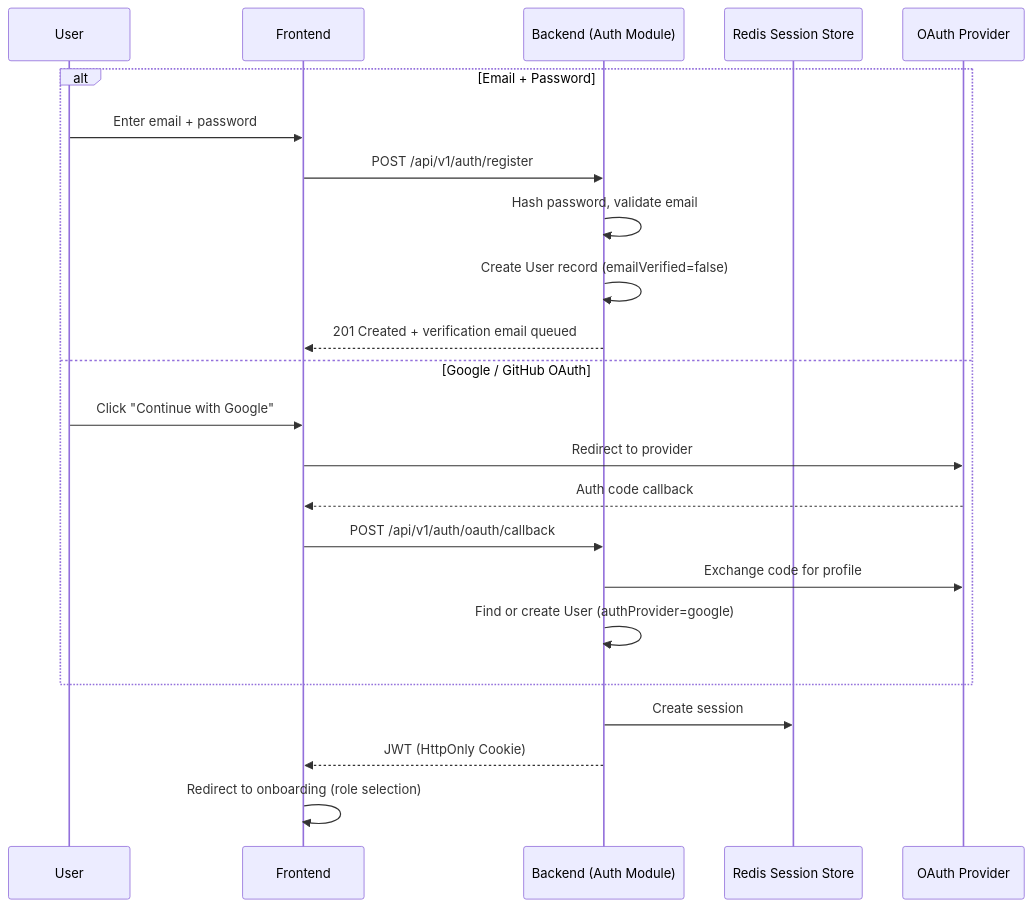
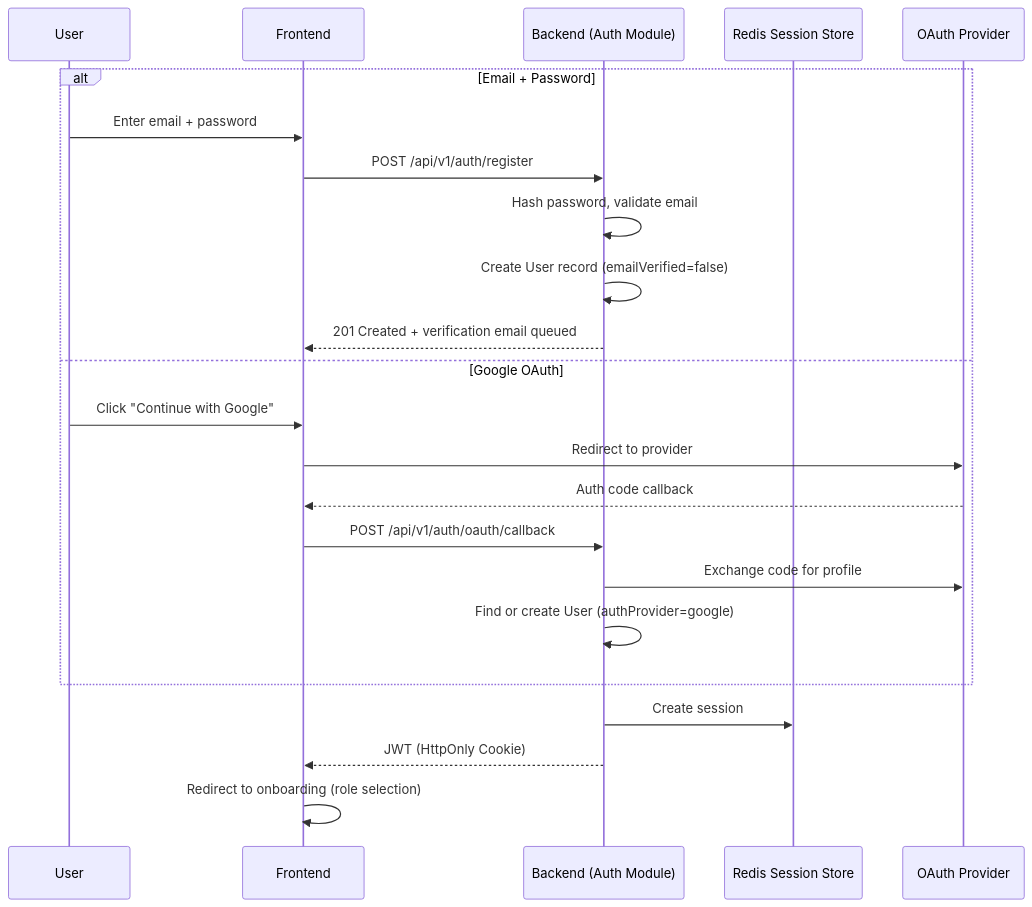
One commit to sushabhan878/Zerify changed the second of 14 diagrams in prd_auth_onboarding.md. Above: the diagram before and after it, drawn with Mermaid. The commit also changed other lines of this file and 28 other files, not shown here.

````diff
--- a/prd_auth_onboarding.md
+++ b/prd_auth_onboarding.md
@@ -68,27 +67,27 @@
 ```mermaid
 sequenceDiagram
     participant U as User
     participant FE as Frontend
     participant BE as Backend (Auth Module)
     participant Redis as Redis Session Store
     participant OAuth as OAuth Provider
 
     alt Email + Password
         U->>FE: Enter email + password
         FE->>BE: POST /api/v1/auth/register
         BE->>BE: Hash password, validate email
         BE->>BE: Create User record (emailVerified=false)
         BE-->>FE: 201 Created + verification email queued
-    else Google / GitHub OAuth
+    else Google OAuth
         U->>FE: Click "Continue with Google"
         FE->>OAuth: Redirect to provider
         OAuth-->>FE: Auth code callback
         FE->>BE: POST /api/v1/auth/oauth/callback
         BE->>OAuth: Exchange code for profile
         BE->>BE: Find or create User (authProvider=google)
     end
 
     BE->>Redis: Create session
     BE-->>FE: JWT (HttpOnly Cookie)
     FE->>FE: Redirect to onboarding (role selection)
 ```
````
